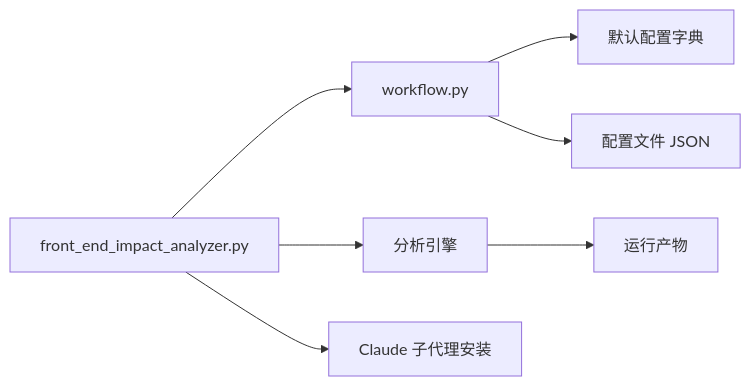
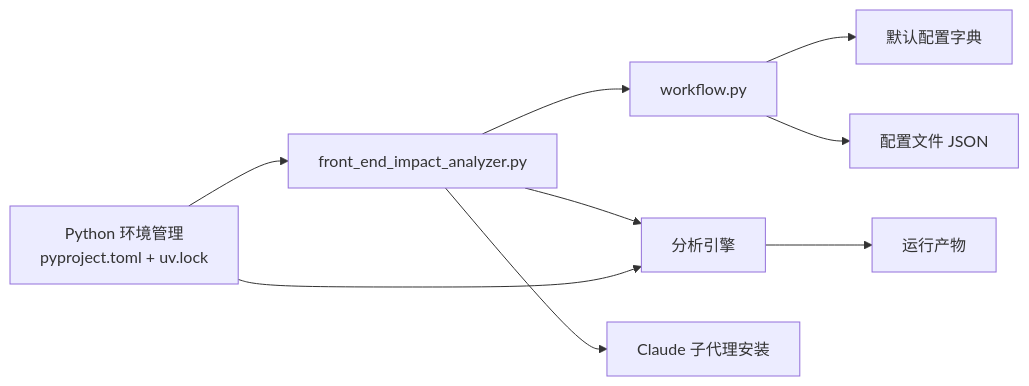
The third of 3 diagrams in .qoder/repowiki/zh/content/API参考/配置选项.md (brand-new-remo/frontend-impact-analyzer), drawn with Mermaid before and after one commit. The commit also changed other lines of this file and 8 other files, not shown here.

````diff
--- a/.qoder/repowiki/zh/content/API参考/配置选项.md
+++ b/.qoder/repowiki/zh/content/API参考/配置选项.md
@@ -201,9 +236,11 @@
 ```mermaid
 graph LR
 CLI["front_end_impact_analyzer.py"] --> WF["workflow.py"]
 WF --> CFG["默认配置字典"]
 WF --> FS["配置文件 JSON"]
 CLI --> ENG["分析引擎"]
 ENG --> ART["运行产物"]
 CLI --> AGI["Claude 子代理安装"]
+PY["Python 环境管理<br/>pyproject.toml + uv.lock"] --> CLI
+PY --> ENG
 ```
````
